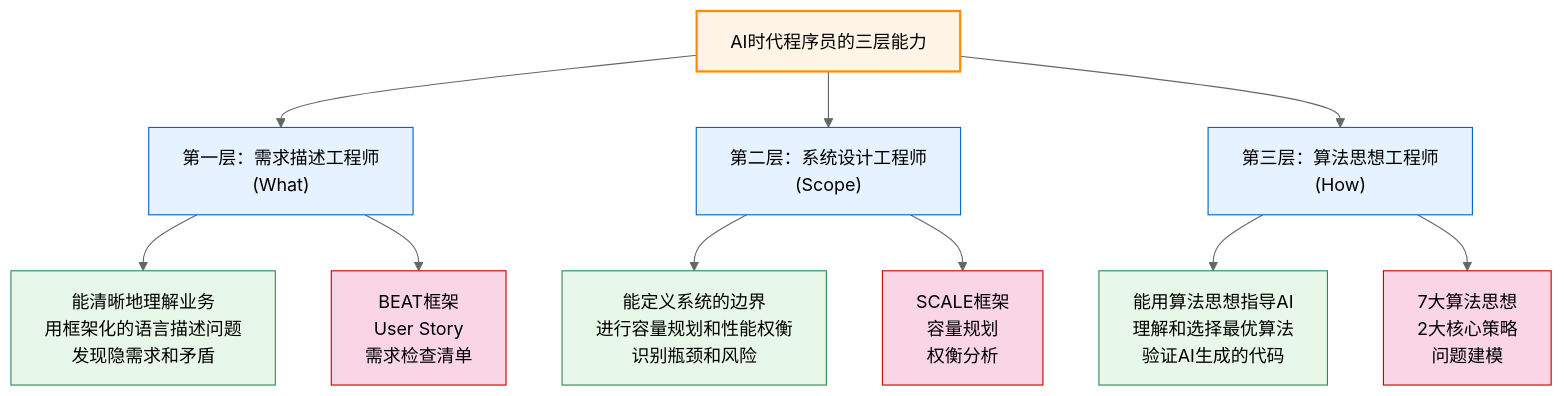
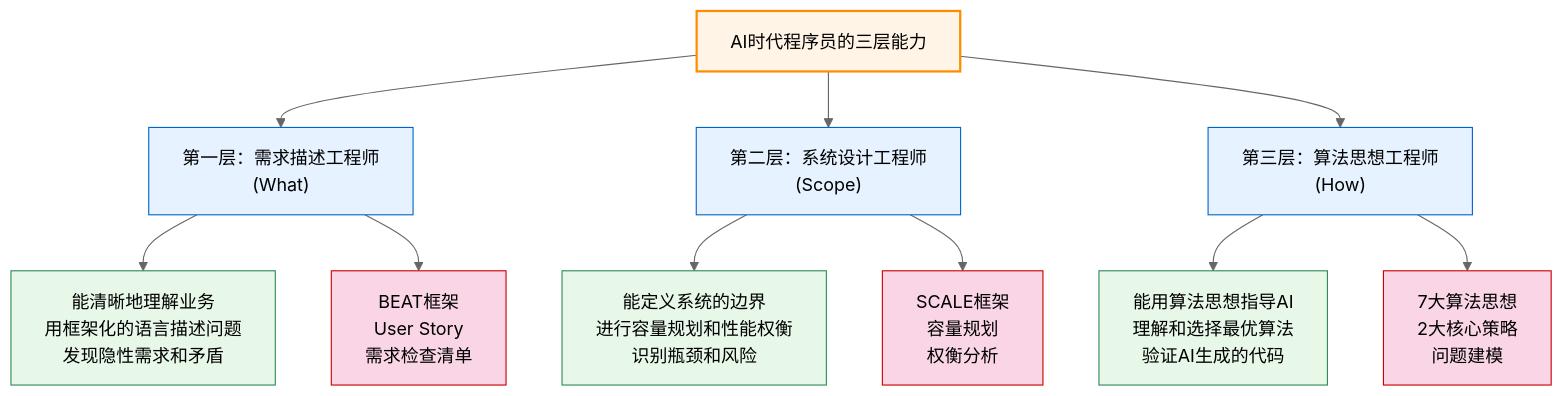
One commit to microwind/algorithms changed diagram 11 of 11 in start-here/AI-Era-Programmers-as-Requirements-Engineers.md. Above: the diagram before and after it, drawn with Mermaid (neutral theme). The commit also changed other lines of this file and 6 other files, not shown here.

````diff
--- a/start-here/AI-Era-Programmers-as-Requirements-Engineers.md
+++ b/start-here/AI-Era-Programmers-as-Requirements-Engineers.md
@@ -965,31 +965,31 @@
 ```mermaid
 graph TD
     A[AI时代程序员的三层能力] --> B["第一层：需求描述工程师<br/>(What)"]
     A --> C["第二层：系统设计工程师<br/>(Scope)"]
     A --> D["第三层：算法思想工程师<br/>(How)"]
 
-    B --> B1["能清晰地理解业务<br/>用框架化的语言描述问题<br/>发现隐需求和矛盾"]
+    B --> B1["能清晰地理解业务<br/>用框架化的语言描述问题<br/>发现隐性需求和矛盾"]
 
     C --> C1["能定义系统的边界<br/>进行容量规划和性能权衡<br/>识别瓶颈和风险"]
 
     D --> D1["能用算法思想指导AI<br/>理解和选择最优算法<br/>验证AI生成的代码"]
 
     B --> B2["BEAT框架<br/>User Story<br/>需求检查清单"]
 
     C --> C2["SCALE框架<br/>容量规划<br/>权衡分析"]
 
     D --> D2["7大算法思想<br/>2大核心策略<br/>问题建模"]
 
 
     %% 颜色定义
     classDef root fill:#FFF4E6,stroke:#FF8C00,stroke-width:2px;
     classDef layer fill:#E6F2FF,stroke:#0066CC,stroke-width:1px;
     classDef skill fill:#E8F8E8,stroke:#2E8B57,stroke-width:1px;
     classDef framework fill:#f9d5e5,stroke:#CC0000,stroke-width:1px;
     classDef relation fill:#fff9e6,stroke:#CCAA00,stroke-width:1px;
 
     class A root;
     class B,C,D layer;
     class B1,C1,D1,E skill;
     class B2,C2,D2 framework;
 ```
````
